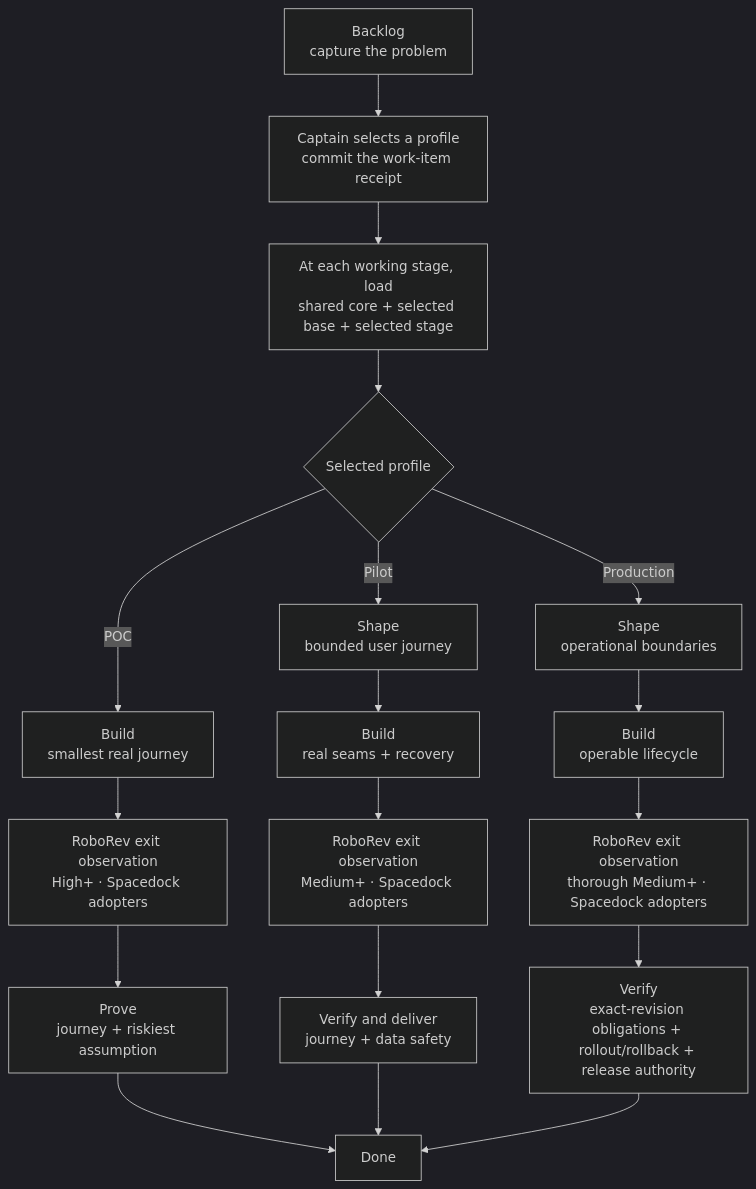
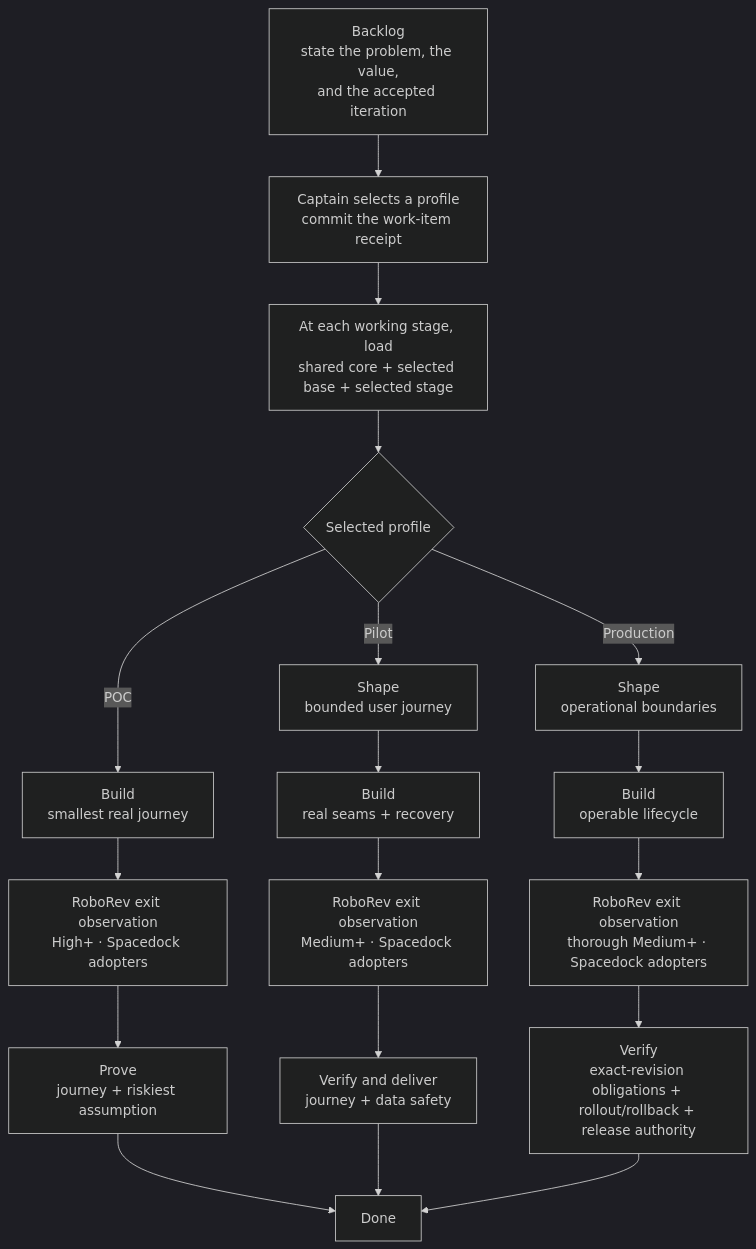
The diagram in kc-dev-flow/README.md (iamcxa/kc-claude-plugins), drawn with Mermaid (dark theme) before and after one commit. The commit also changed other lines of this file, not shown here.

First line of the commit message:
docs(kc-dev-flow): show the whole backlog exit bar in the README picture

````diff
--- a/kc-dev-flow/README.md
+++ b/kc-dev-flow/README.md
@@ -17,23 +17,23 @@
 ```mermaid
 flowchart TB
-    A["Backlog<br/>capture the problem"] --> B["Captain selects a profile<br/>commit the work-item receipt"]
+    A["Backlog<br/>state the problem, the value,<br/>and the accepted iteration"] --> B["Captain selects a profile<br/>commit the work-item receipt"]
     B --> L["At each working stage, load<br/>shared core + selected base + selected stage"]
     L --> C{Selected profile}
 
     C -->|POC| P1["Build<br/>smallest real journey"]
     P1 --> P2["RoboRev exit observation<br/>High+ · Spacedock adopters"]
     P2 --> P3["Prove<br/>journey + riskiest assumption"]
     P3 --> D[Done]
 
     C -->|Pilot| T1["Shape<br/>bounded user journey"]
     T1 --> T2["Build<br/>real seams + recovery"]
     T2 --> T3["RoboRev exit observation<br/>Medium+ · Spacedock adopters"]
     T3 --> T4["Verify and deliver<br/>journey + data safety"]
     T4 --> D
 
     C -->|Production| R1["Shape<br/>operational boundaries"]
     R1 --> R2["Build<br/>operable lifecycle"]
     R2 --> R3["RoboRev exit observation<br/>thorough Medium+ · Spacedock adopters"]
     R3 --> R4["Verify<br/>exact-revision obligations + rollout/rollback + release authority"]
     R4 --> D
 ```
````
